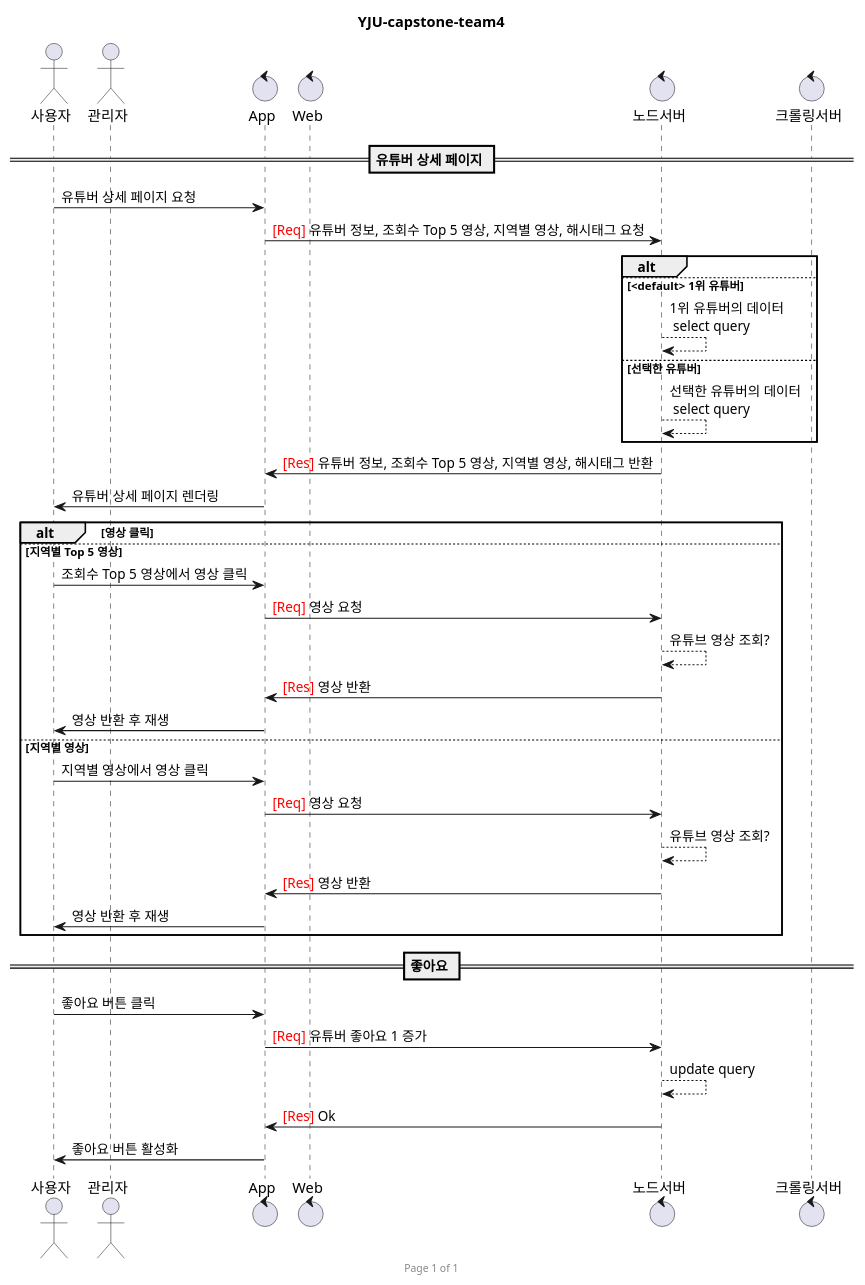
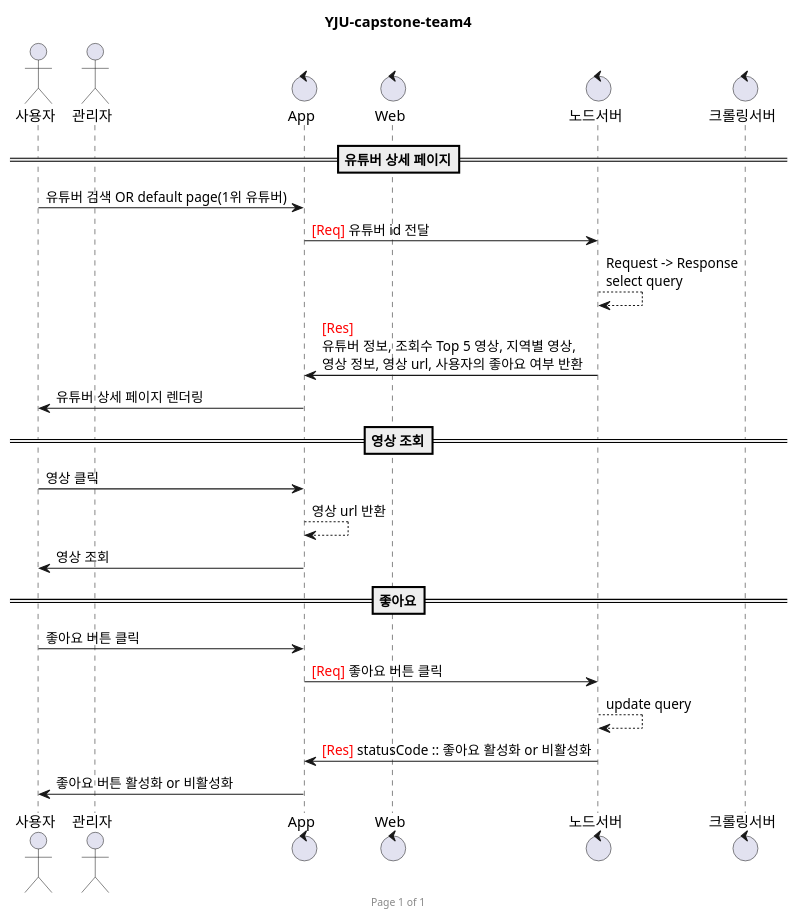
Before and after one commit to Samsam-lee/React.js-project-AdminWeb: the diagram in youtuber_info.wsd, drawn with PlantUML. The commit also changed 3 other files, not shown here.

```diff
--- a/youtuber_info.wsd
+++ b/youtuber_info.wsd
@@ -1,49 +1,33 @@
 @startuml
 
 title YJU-capstone-team4
 footer Page %page% of %lastpage%
 
 actor 사용자 as User
 actor 관리자 as Admin
 
 control App
 control Web
 control 노드서버 as Node
 control 크롤링서버 as Lamda
 
-== 유튜버 상세 페이지 ==
-User -> App : 유튜버 상세 페이지 요청
-    App -> Node : <font color=red>[Req]</font> 유튜버 정보, 조회수 Top 5 영상, 지역별 영상, 해시태그 요청
-        alt
-        else <default> 1위 유튜버
-            Node --> Node : 1위 유튜버의 데이터 \n select query
-        else 선택한 유튜버
-            Node --> Node : 선택한 유튜버의 데이터 \n select query
-        end
-    Node -> App : <font color=red>[Res]</font> 유튜버 정보, 조회수 Top 5 영상, 지역별 영상, 해시태그 반환
+==유튜버 상세 페이지==
+User -> App : 유튜버 검색 OR default page(1위 유튜버)
+    App -> Node : <font color=red>[Req]</font> 유튜버 id 전달
+        Node --> Node : Request -> Response\nselect query
+    Node -> App : <font color=red>[Res]</font>\n유튜버 정보, 조회수 Top 5 영상, 지역별 영상,\n영상 정보, 영상 url, 사용자의 좋아요 여부 반환
 App -> User : 유튜버 상세 페이지 렌더링
 
-alt 영상 클릭
-else 지역별 Top 5 영상
-    User -> App : 조회수 Top 5 영상에서 영상 클릭
-        App -> Node : <font color=red>[Req]</font> 영상 요청
-            Node --> Node : 유튜브 영상 조회?
-        Node -> App : <font color=red>[Res]</font> 영상 반환
-    App -> User : 영상 반환 후 재생
+==영상 조회==
+User -> App : 영상 클릭
+    App --> App : 영상 url 반환
+App -> User : 영상 조회
 
-else 지역별 영상
-    User -> App : 지역별 영상에서 영상 클릭
-        App -> Node : <font color=red>[Req]</font> 영상 요청
-            Node --> Node : 유튜브 영상 조회?
-        Node -> App : <font color=red>[Res]</font> 영상 반환
-    App -> User : 영상 반환 후 재생
-end
-
-== 좋아요 ==
+==좋아요==
 User -> App : 좋아요 버튼 클릭
-    App -> Node : <font color=red>[Req]</font> 유튜버 좋아요 1 증가
+    App -> Node : <font color=red>[Req]</font> 좋아요 버튼 클릭
         Node --> Node : update query
-    Node -> App : <font color=red>[Res]</font> Ok
-App -> User : 좋아요 버튼 활성화
+    Node -> App : <font color=red>[Res]</font> statusCode :: 좋아요 활성화 or 비활성화
+App -> User : 좋아요 버튼 활성화 or 비활성화
 
 @enduml
```
